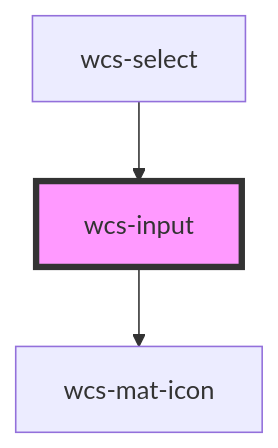
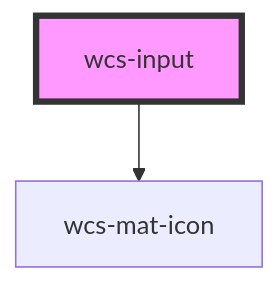
One commit to SNCFdevelopers/wcs changed the diagram in src/components/input/readme.md. Above: the diagram before and after it, drawn with Mermaid. The commit also changed other lines of this file and 9 other files, not shown here.

````diff
--- a/src/components/input/readme.md
+++ b/src/components/input/readme.md
@@ -111,6 +107,5 @@
 ```mermaid
 graph TD;
   wcs-input --> wcs-mat-icon
-  wcs-select --> wcs-input
   style wcs-input fill:#f9f,stroke:#333,stroke-width:4px
 ```
````
